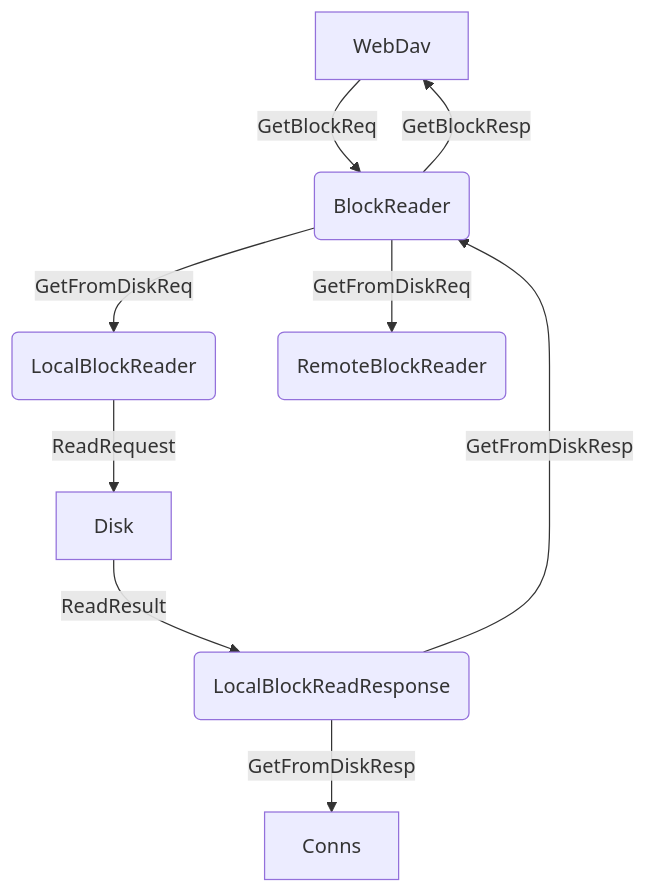
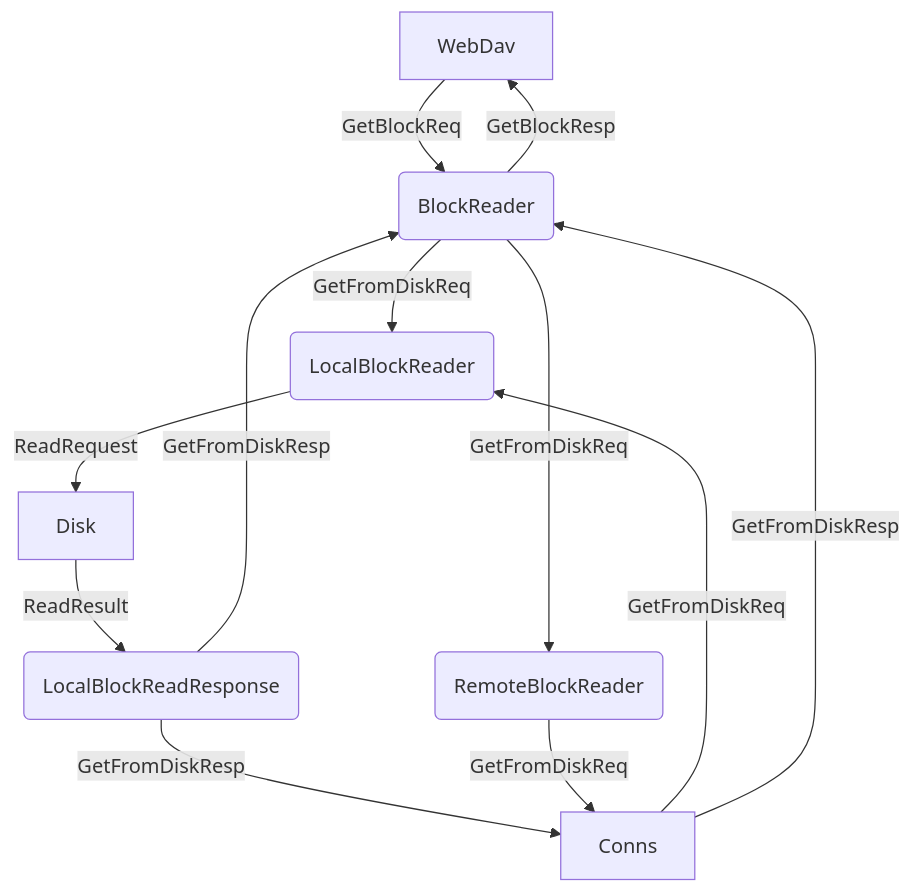
One commit to roboadam/tealfs changed the diagram in pkg/blockreader/blockreader.mmd. Above: the diagram before and after it, drawn with Mermaid.

```diff
--- a/pkg/blockreader/blockreader.mmd
+++ b/pkg/blockreader/blockreader.mmd
@@ -1,10 +1,13 @@
 flowchart TD
         A["WebDav"]
         A -->|GetBlockReq| B("BlockReader")
         B -->|GetBlockResp| A
         B -->|GetFromDiskReq| C("LocalBlockReader")
         B -->|GetFromDiskReq| D("RemoteBlockReader")
         C -->|ReadRequest| E["Disk"]
         E -->|ReadResult| F("LocalBlockReadResponse")
         F -->|GetFromDiskResp| B
         F -->|GetFromDiskResp| G["Conns"]
+        D -->|GetFromDiskReq| G
+        G -->|GetFromDiskReq| C
+        G -->|GetFromDiskResp| B
```
